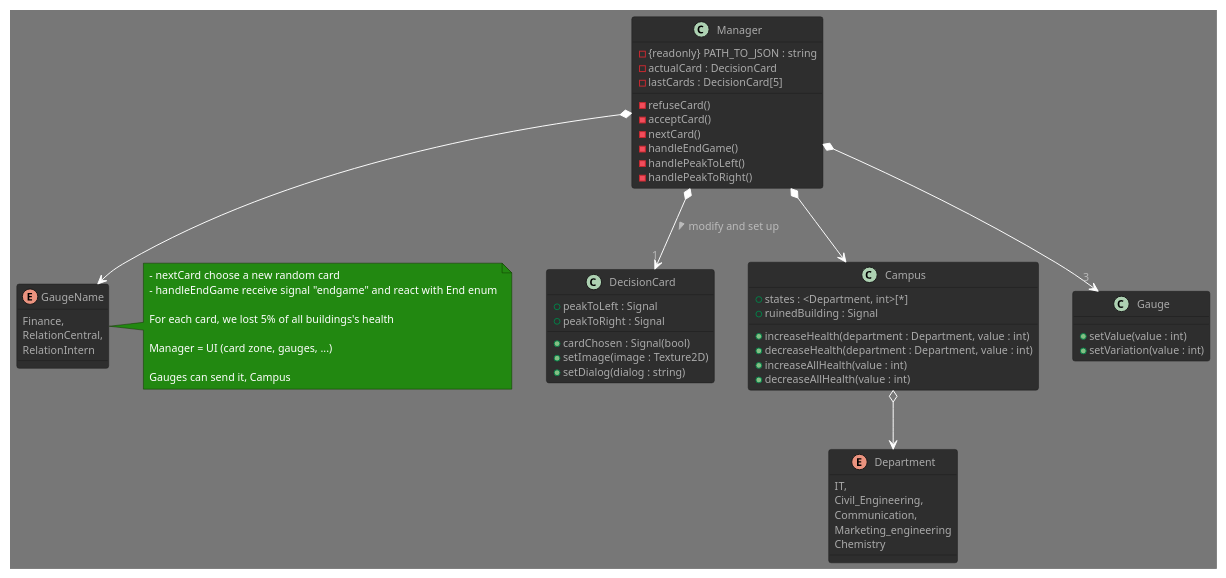
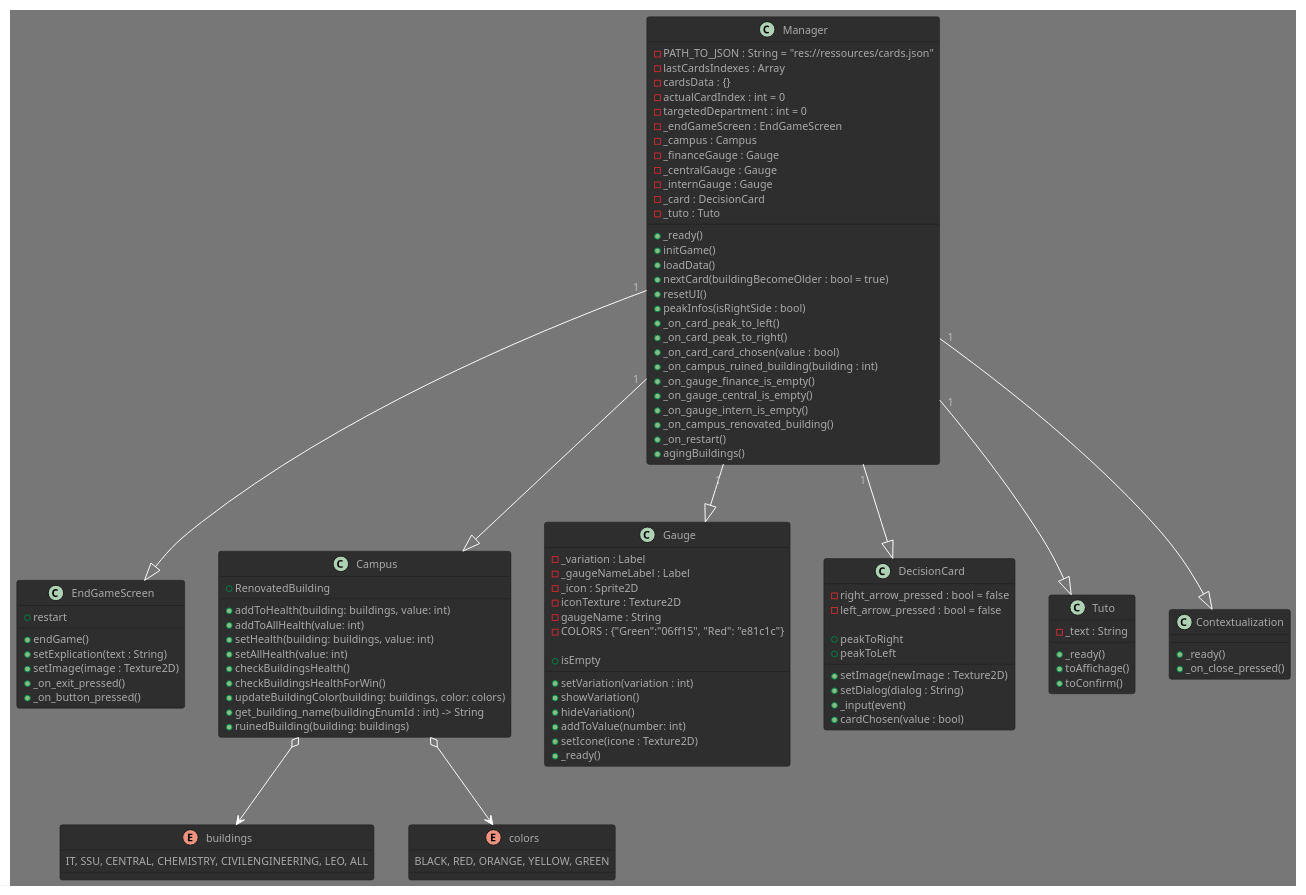
One commit to Spidermatou/The-Schu-Man changed the diagram in t4.puml. Above: the diagram before and after it, drawn with PlantUML.

Commit message:
update uml

```diff
--- a/t4.puml
+++ b/t4.puml
@@ -1,70 +1,116 @@
 @startuml T4
-
 !theme reddress-darkgreen
 
-enum Department {
-    IT,
-    Civil_Engineering,
-    Communication,
-    Marketing_engineering
-    Chemistry
+class Manager {
+    - PATH_TO_JSON : String = "res://ressources/cards.json"
+    - lastCardsIndexes : Array
+    - cardsData : {}
+    - actualCardIndex : int = 0
+    - targetedDepartment : int = 0
+    - _endGameScreen : EndGameScreen
+    - _campus : Campus
+    - _financeGauge : Gauge
+    - _centralGauge : Gauge
+    - _internGauge : Gauge
+    - _card : DecisionCard
+    - _tuto : Tuto
+
+    + _ready()
+    + initGame()
+    + loadData()
+    + nextCard(buildingBecomeOlder : bool = true)
+    + resetUI()
+    + peakInfos(isRightSide : bool)
+    + _on_card_peak_to_left()
+    + _on_card_peak_to_right()
+    + _on_card_card_chosen(value : bool)
+    + _on_campus_ruined_building(building : int)
+    + _on_gauge_finance_is_empty()
+    + _on_gauge_central_is_empty()
+    + _on_gauge_intern_is_empty()
+    + _on_campus_renovated_building()
+    + _on_restart()
+    + agingBuildings()
+}
+
+class EndGameScreen {
+    + endGame()
+    + setExplication(text : String)
+    + setImage(image : Texture2D)
+    + _on_exit_pressed()
+    + _on_button_pressed()
+    + restart
+}
+
+class Campus {
+    + addToHealth(building: buildings, value: int)
+    + addToAllHealth(value: int)
+    + setHealth(building: buildings, value: int)
+    + setAllHealth(value: int)
+    + checkBuildingsHealth()
+    + checkBuildingsHealthForWin()
+    + updateBuildingColor(building: buildings, color: colors)
+    + get_building_name(buildingEnumId : int) -> String
+    + ruinedBuilding(building: buildings)
+    + RenovatedBuilding
+}
+
+enum buildings {
+    IT, SSU, CENTRAL, CHEMISTRY, CIVILENGINEERING, LEO, ALL
+}
+enum colors {
+    BLACK, RED, ORANGE, YELLOW, GREEN
+}
+
+Campus o--> buildings
+Campus o--> colors
+
+class Gauge {
+    - _variation : Label
+    - _gaugeNameLabel : Label
+    - _icon : Sprite2D
+    - iconTexture : Texture2D
+    - gaugeName : String
+    - COLORS : {"Green":"06ff15", "Red": "e81c1c"}
+
+    + setVariation(variation : int)
+    + showVariation()
+    + hideVariation()
+    + addToValue(number: int)
+    + setIcone(icone : Texture2D)
+    + _ready()
+    + isEmpty
 }
 
 class DecisionCard {
-    + peakToLeft : Signal
-    + peakToRight : Signal
-    + cardChosen : Signal(bool)
-    + setImage(image : Texture2D)
-    + setDialog(dialog : string)
+    - right_arrow_pressed : bool = false
+    - left_arrow_pressed : bool = false
+
+    + setImage(newImage : Texture2D)
+    + setDialog(dialog : String)
+    + _input(event)
+    + peakToRight
+    + peakToLeft
+    + cardChosen(value : bool)
 }
 
-class Campus {
-    + states : <Department, int>[*] /' dictionnary '/
-    + ruinedBuilding : Signal
-    + increaseHealth(department : Department, value : int)
-    + decreaseHealth(department : Department, value : int)
-    + increaseAllHealth(value : int)
-    + decreaseAllHealth(value : int)
-}
-Campus o--> Department
-
-class Manager {
-    - {readonly} PATH_TO_JSON : string
-    - actualCard : DecisionCard
-    - lastCards : DecisionCard[5] /' prevent the same card (situation) from being seen too many times in a row '/
-    - refuseCard()
-    - acceptCard()
-    - nextCard()
-    - handleEndGame()
-    - handlePeakToLeft()
-    - handlePeakToRight()
-}
-Manager *--> "1" DecisionCard : > modify and set up
-Manager *--> "3"Gauge
-Manager *--> GaugeName
-Manager *--> Campus
-
-note right
-    - nextCard choose a new random card
-    - handleEndGame receive signal "endgame" and react with End enum
-
-    For each card, we lost 5% of all buildings's health
-
-    Manager = UI (card zone, gauges, ...)
-
-    Gauges can send it, Campus
-end note
-
-enum GaugeName {
-    Finance,
-    RelationCentral,
-    RelationIntern
+class Tuto {
+    - _text : String
+    + _ready()
+    + toAffichage()
+    + toConfirm()
 }
 
-class Gauge {
-    + setValue(value : int)
-    + setVariation(value : int)
+class Contextualization {
+    + _ready()
+    + _on_close_pressed()
 }
 
+Manager "1"--|> EndGameScreen
+Manager "1"--|> Campus
+Manager "1"--|> Gauge
+Manager "1"--|> DecisionCard
+Manager "1"--|> Tuto
+Manager "1"--|> Contextualization
 
 @enduml
```
